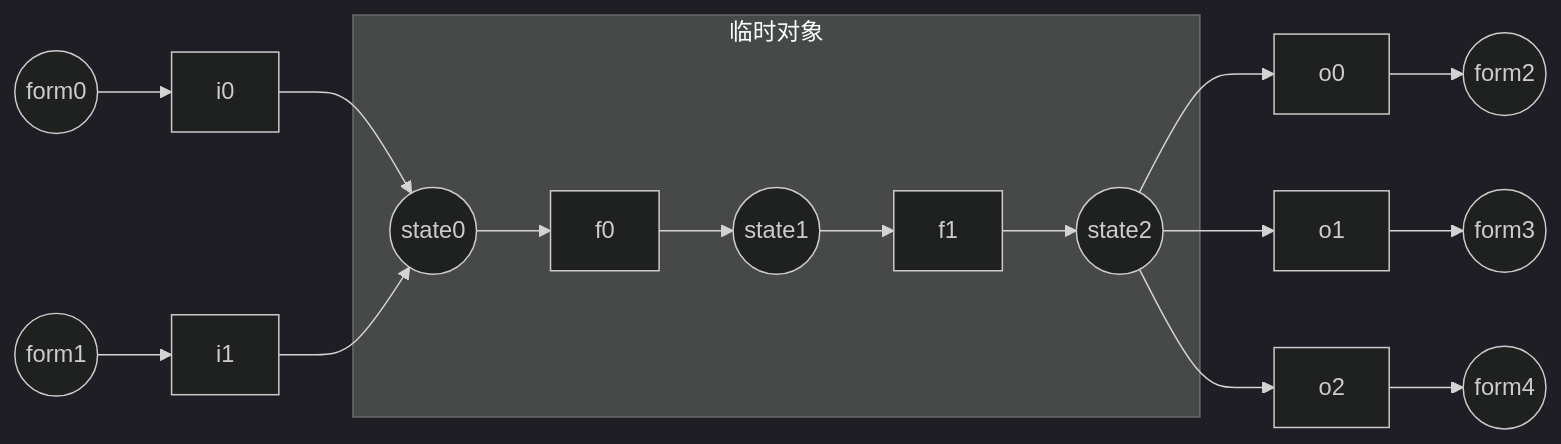
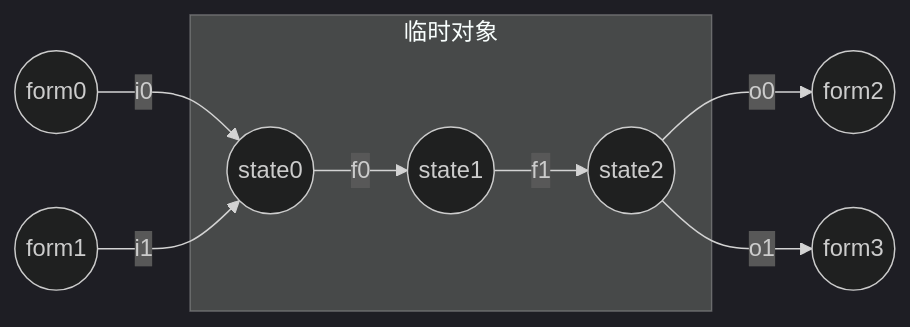
The fourth of 5 diagrams in xiaodou123's theory.md (xiaodou8593/Xiaodou-sTheory), drawn with Mermaid (dark theme) before and after one commit. The commit also changed other lines of this file, not shown here.

Commit message:
modified:   xiaodou123's theory.md

````diff
--- a/xiaodou123's theory.md
+++ b/xiaodou123's theory.md
@@ -420,12 +420,11 @@
 ```mermaid
 graph LR
 subgraph 临时对象
-state0((state0))-->f0-->state1((state1))
-state1-->f1-->state2((state2))
+state0((state0))--"f0"-->state1((state1))
+state1--"f1"-->state2((state2))
 end
-A((form0))-->i0-->state0
-B((form1))-->i1-->state0
-state2-->o0-->C((form2))
-state2-->o1-->D((form3))
-state2-->o2-->E((form4))
+A((form0))--"i0"-->state0
+B((form1))--"i1"-->state0
+state2--"o0"-->C((form2))
+state2--"o1"-->D((form3))
 ```
````
